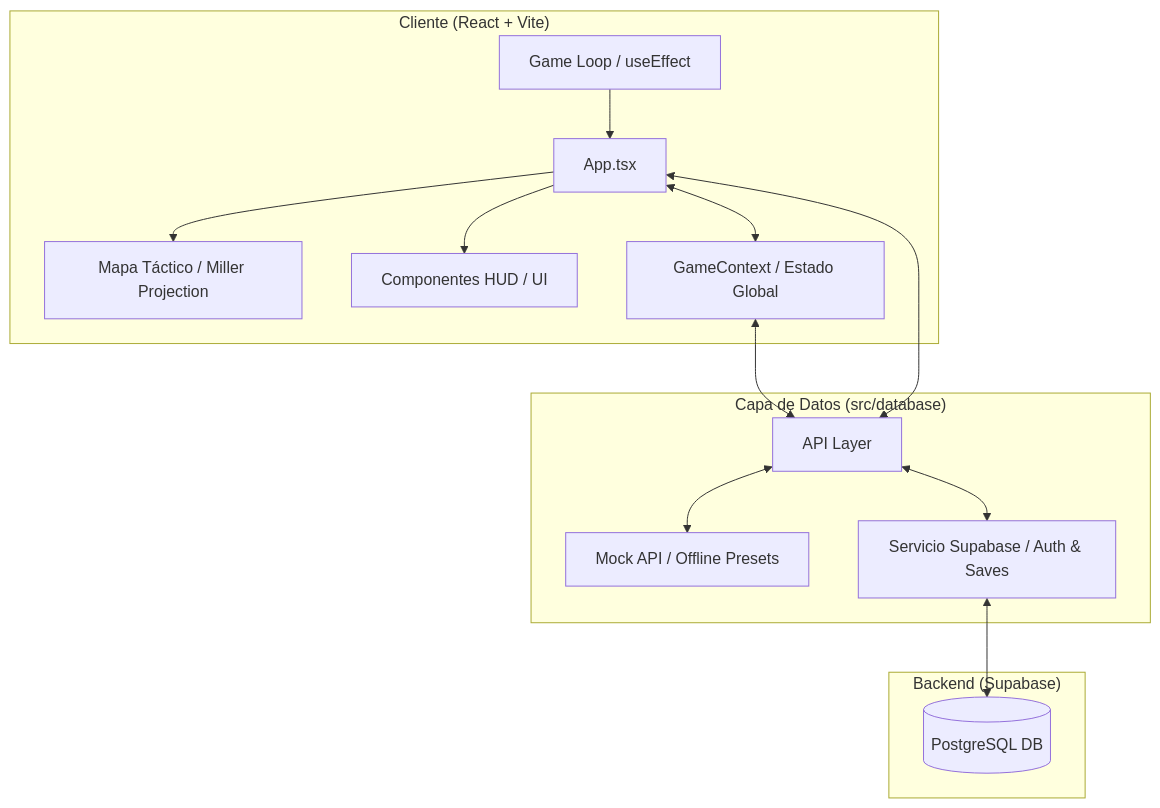
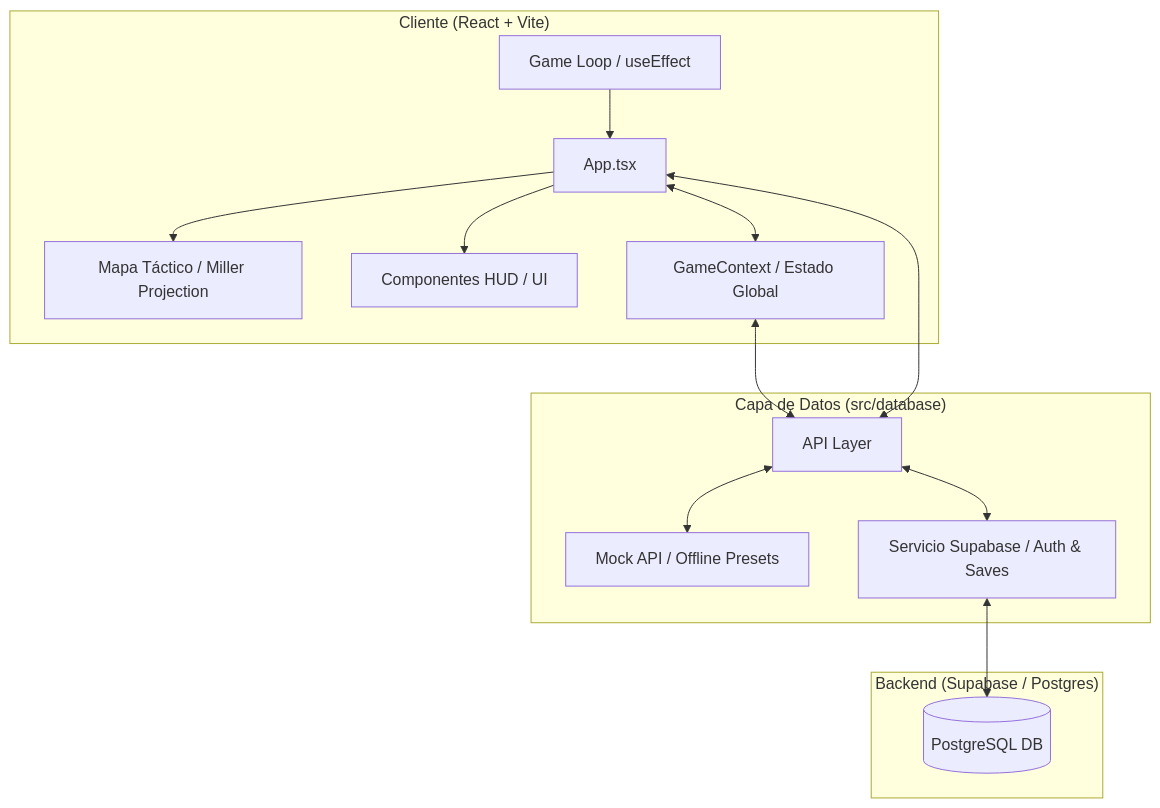
The first of 2 diagrams in README.md (AlejandroAdriel/CONQUEST_FRONTEND), drawn with Mermaid before and after one commit. The commit also changed other lines of this file, not shown here.

````diff
--- a/README.md
+++ b/README.md
@@ -17,19 +65,19 @@
 ```mermaid
 graph TD
     subgraph Client ["Cliente (React + Vite)"]
         GL[Game Loop / useEffect] --> App[App.tsx]
         App --> Map[Mapa Táctico / Miller Projection]
         App --> HUD[Componentes HUD / UI]
         App <--> GC[GameContext / Estado Global]
     end
 
     subgraph Data ["Capa de Datos (src/database)"]
         GC & App <--> API[API Layer]
         API <--> Mock[Mock API / Offline Presets]
         API <--> DB[Servicio Supabase / Auth & Saves]
     end
 
-    subgraph Server ["Backend (Supabase)"]
+    subgraph Server ["Backend (Supabase / Postgres)"]
         DB <--> Postgres[(PostgreSQL DB)]
     end
 ```
````
